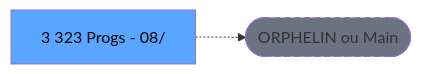
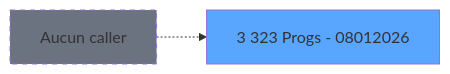
The second of 3 diagrams in .openspec/specs/ADH-IDE-3.md (thonyAGP/lecteur-magic), drawn with Mermaid before and after one commit. The commit also changed other lines of this file and 96 other files, not shown here.

````diff
--- a/.openspec/specs/ADH-IDE-3.md
+++ b/.openspec/specs/ADH-IDE-3.md
@@ -117,8 +104,8 @@
 ```mermaid
 graph LR
-    T[3 323 Progs - 08/]
-    ORPHAN([ORPHELIN ou Main])
-    T -.-> ORPHAN
-    style T fill:#58a6ff,color:#000
-    style ORPHAN fill:#6b7280,stroke-dasharray: 5 5
+    T3[3 323 Progs - 08012026]
+    style T3 fill:#58a6ff
+    NONE[Aucun caller]
+    NONE -.-> T3
+    style NONE fill:#6b7280,stroke-dasharray: 5 5
 ```
````
